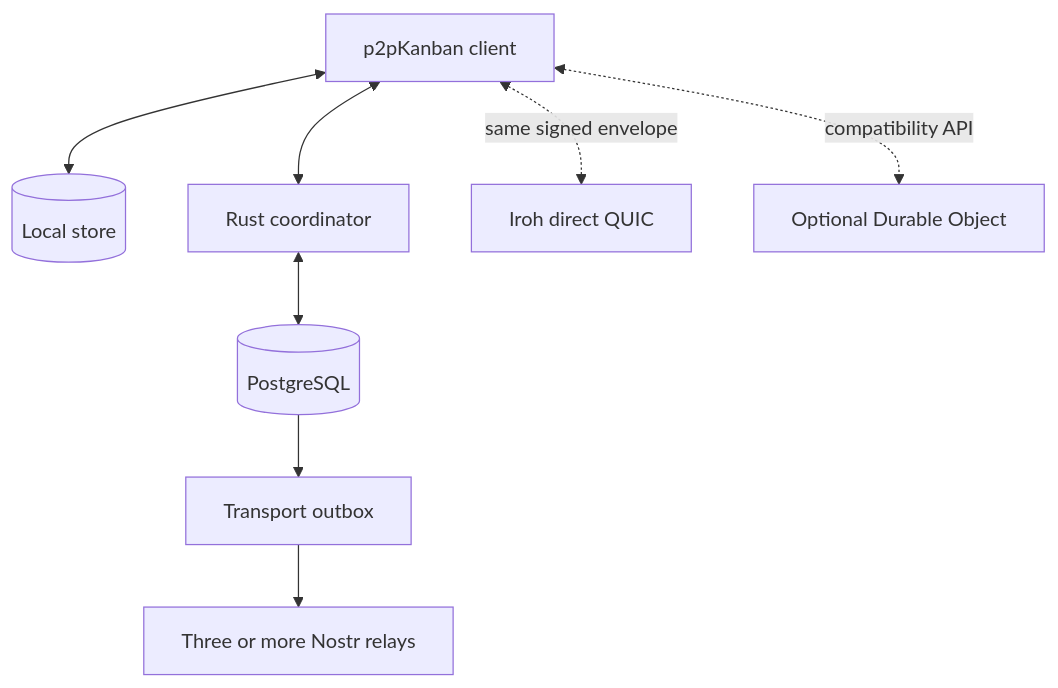
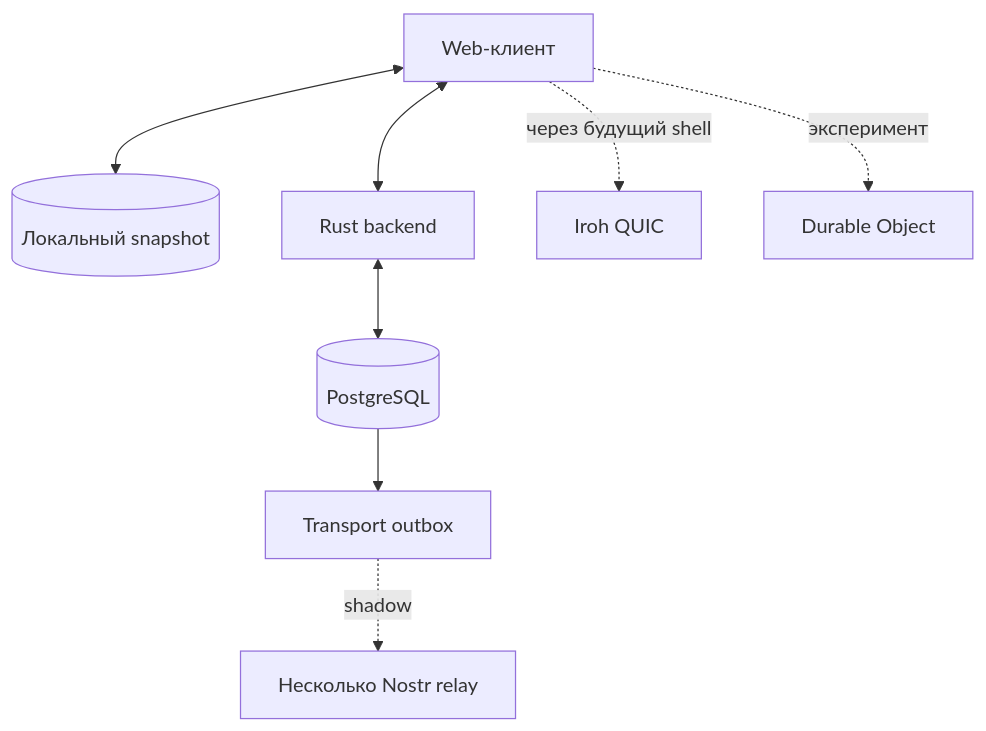
Before and after one commit to Pacifica123/p2p_planner: the first of 2 diagrams in docs/deployment/free-hosting-transports-v1.md, drawn with Mermaid. The commit also changed other lines of this file and 70 other files, not shown here.

````diff
--- a/docs/deployment/free-hosting-transports-v1.md
+++ b/docs/deployment/free-hosting-transports-v1.md
@@ -21,19 +18,19 @@
 ```mermaid
 flowchart TB
-    Client["p2pKanban client"]
-    Local[("Local store")]
-    Rust["Rust coordinator"]
+    Web["Web-клиент"]
+    Local[("Локальный snapshot")]
+    Rust["Rust backend"]
     Pg[("PostgreSQL")]
     Outbox["Transport outbox"]
-    Nostr["Three or more Nostr relays"]
-    Iroh["Iroh direct QUIC"]
-    Edge["Optional Durable Object"]
+    Nostr["Несколько Nostr relay"]
+    Iroh["Iroh QUIC"]
+    Edge["Durable Object"]
 
-    Client <--> Local
-    Client <--> Rust
+    Web <--> Local
+    Web <--> Rust
     Rust <--> Pg
     Pg --> Outbox
-    Outbox --> Nostr
-    Client <-. same signed envelope .-> Iroh
-    Client <-. compatibility API .-> Edge
+    Outbox -. shadow .-> Nostr
+    Web -. через будущий shell .-> Iroh
+    Web -. эксперимент .-> Edge
 ```
````
